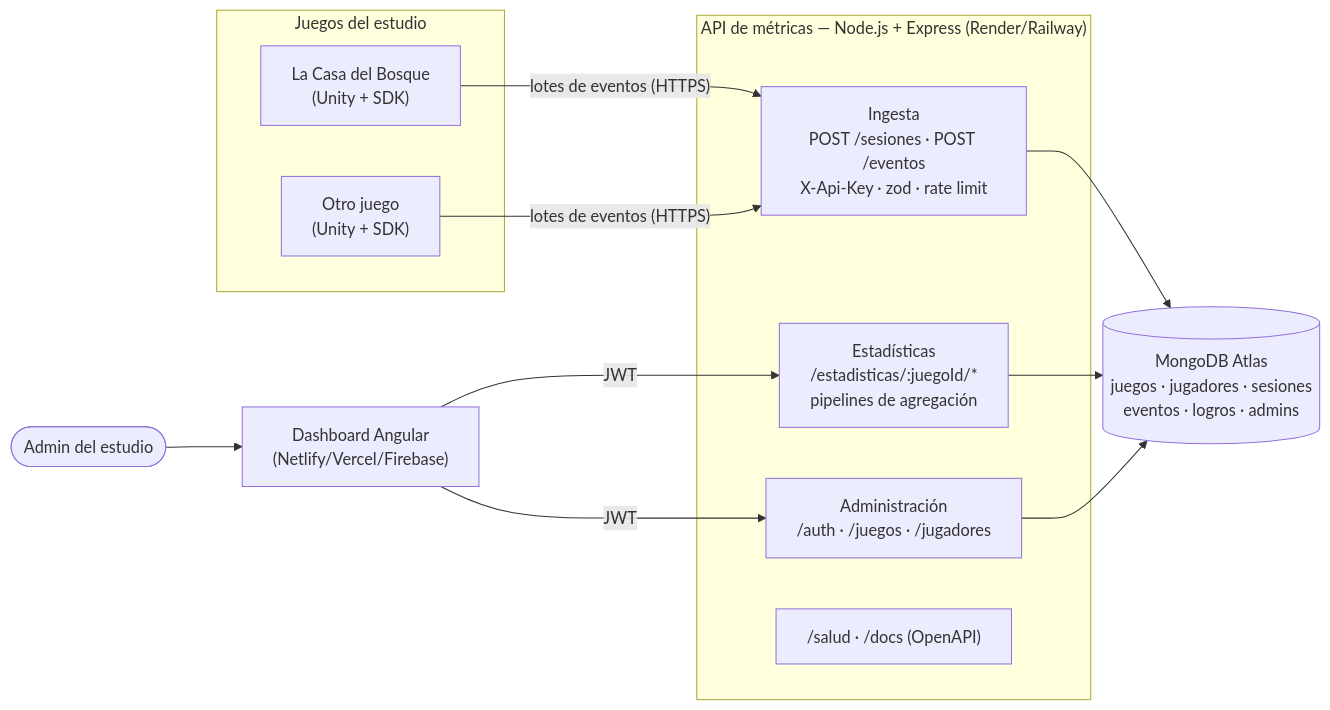
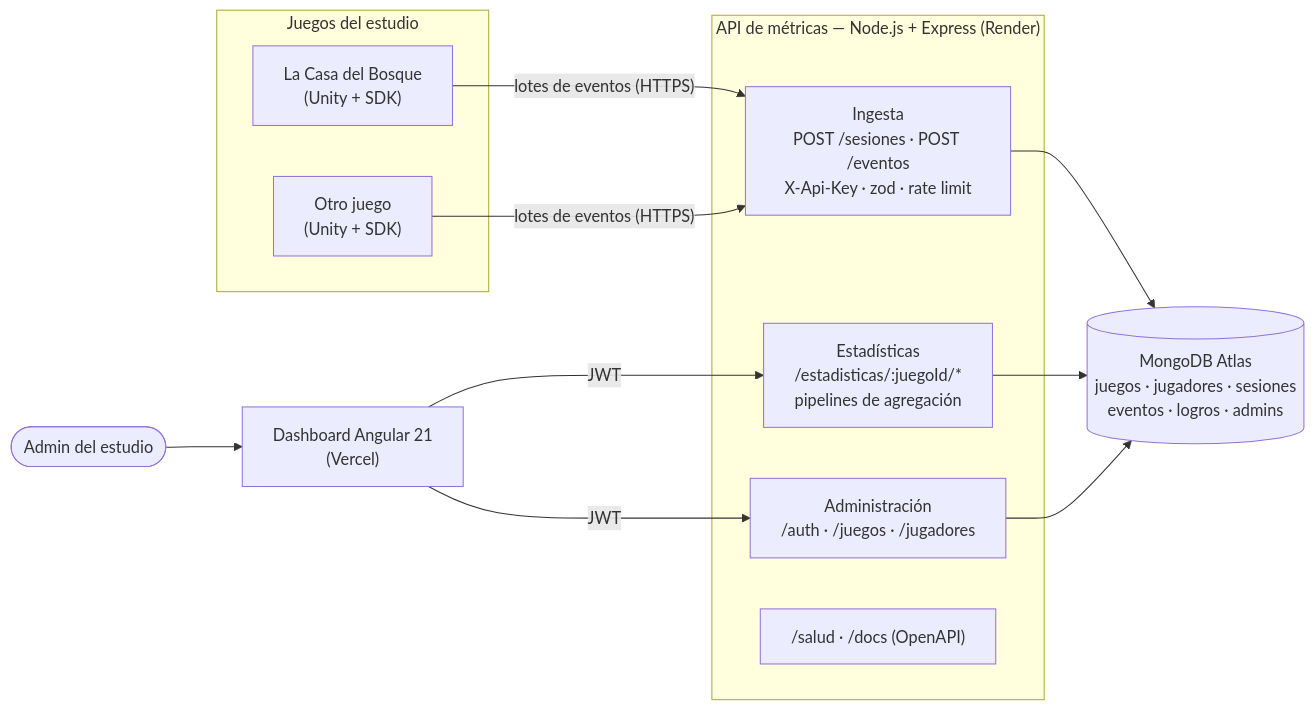
One commit to bum-spark/SistemaMetricas changed the diagram in docs/ARQUITECTURA.md. Above: the diagram before and after it, drawn with Mermaid. The commit also changed other lines of this file and 3 other files, not shown here.

````diff
--- a/docs/ARQUITECTURA.md
+++ b/docs/ARQUITECTURA.md
@@ -13,27 +13,27 @@
 ```mermaid
 flowchart LR
   subgraph Juegos["Juegos del estudio"]
     U1["La Casa del Bosque<br/>(Unity + SDK)"]
     U2["Otro juego<br/>(Unity + SDK)"]
   end
 
-  subgraph API["API de métricas — Node.js + Express (Render/Railway)"]
+  subgraph API["API de métricas — Node.js + Express (Render)"]
     ING["Ingesta<br/>POST /sesiones · POST /eventos<br/>X-Api-Key · zod · rate limit"]
     ADM["Administración<br/>/auth · /juegos · /jugadores"]
     EST["Estadísticas<br/>/estadisticas/:juegoId/*<br/>pipelines de agregación"]
     DOC["/salud · /docs (OpenAPI)"]
   end
 
   DB[("MongoDB Atlas<br/>juegos · jugadores · sesiones<br/>eventos · logros · admins")]
-  DASH["Dashboard Angular<br/>(Netlify/Vercel/Firebase)"]
+  DASH["Dashboard Angular 21<br/>(Vercel)"]
   ADMIN(["Admin del estudio"])
 
   U1 -- "lotes de eventos (HTTPS)" --> ING
   U2 -- "lotes de eventos (HTTPS)" --> ING
   ING --> DB
   EST --> DB
   ADM --> DB
   DASH -- "JWT" --> ADM
   DASH -- "JWT" --> EST
   ADMIN --> DASH
 ```
````
